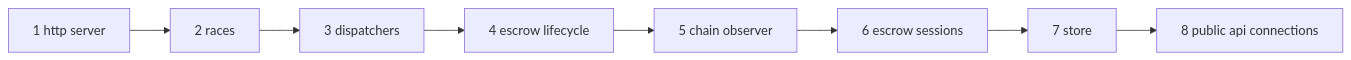
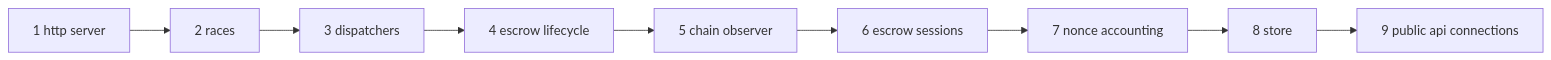
The diagram in devshard/cmd/gateway/docs/gateway-invariants.md (qdanik/gonka), drawn with Mermaid before and after one commit. The commit also changed other lines of this file and 59 other files, not shown here.

````diff
--- a/devshard/cmd/gateway/docs/gateway-invariants.md
+++ b/devshard/cmd/gateway/docs/gateway-invariants.md
@@ -106,10 +106,11 @@
 ```mermaid
 flowchart LR
     A[1 http server] --> B[2 races]
     B --> C[3 dispatchers]
     C --> D[4 escrow lifecycle]
     D --> E[5 chain observer]
     E --> F[6 escrow sessions]
-    F --> G[7 store]
-    G --> H[8 public api connections]
+    F --> G[7 nonce accounting]
+    G --> H[8 store]
+    H --> I[9 public api connections]
 ```
````
